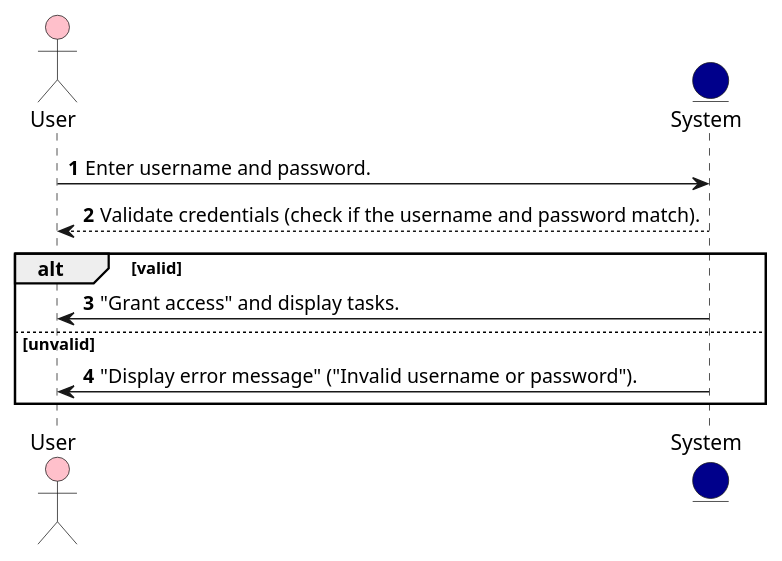
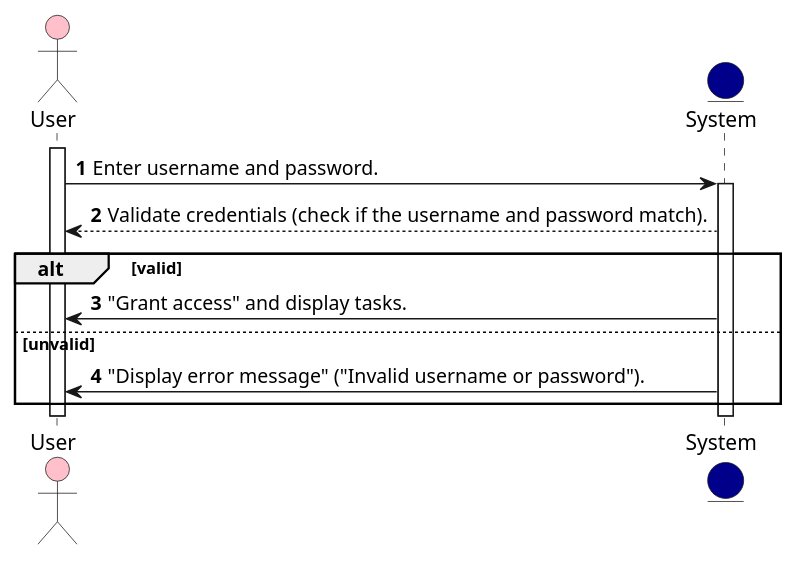
Before and after one commit to Wessam100/On-Time-: the diagram in Login.puml, drawn with PlantUML. The commit also changed 5 other files, not shown here.

```diff
--- a/Login.puml
+++ b/Login.puml
@@ -1,16 +1,18 @@
 @startuml
 'https://plantuml.com/sequence-diagram
 
 autonumber
 
 actor User #Pink
 entity System #darkblue
+activate User
 User -> System: Enter username and password.
+activate System
 System --> User: Validate credentials (check if the username and password match).
 
 alt valid
 System -> User: "Grant access" and display tasks.
 else unvalid
 System -> User: "Display error message" ("Invalid username or password").
 end
 @enduml
```
